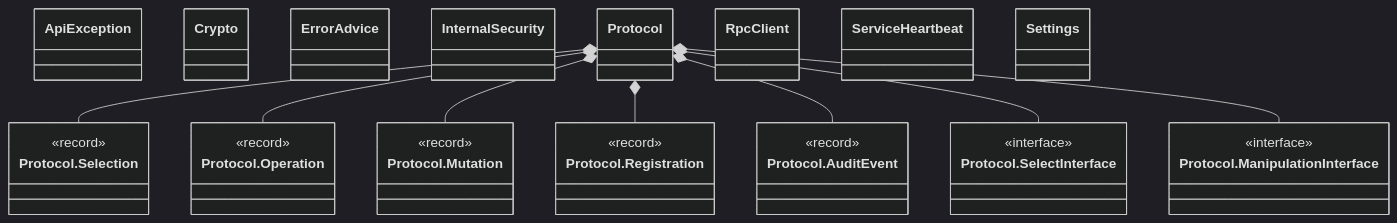
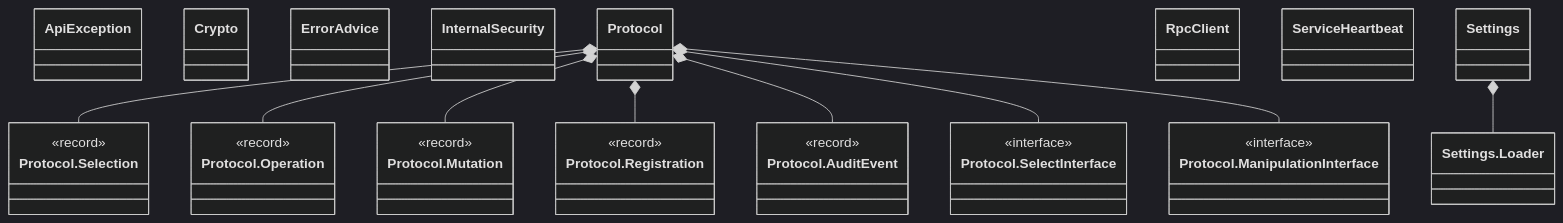
The third of 5 diagrams in docs/class-diagrams.md (AlexLiong/grade-management-system), drawn with Mermaid (dark theme) before and after one commit. The commit also changed other lines of this file and 11 other files, not shown here.

````diff
--- a/docs/class-diagrams.md
+++ b/docs/class-diagrams.md
@@ -54,32 +58,34 @@
 ```mermaid
 classDiagram
     class ApiException["ApiException"]
     class Crypto["Crypto"]
     class ErrorAdvice["ErrorAdvice"]
     class InternalSecurity["InternalSecurity"]
     class Protocol["Protocol"]
     class Protocol_Selection["Protocol.Selection"]
     <<record>> Protocol_Selection
     Protocol *-- Protocol_Selection
     class Protocol_Operation["Protocol.Operation"]
     <<record>> Protocol_Operation
     Protocol *-- Protocol_Operation
     class Protocol_Mutation["Protocol.Mutation"]
     <<record>> Protocol_Mutation
     Protocol *-- Protocol_Mutation
     class Protocol_Registration["Protocol.Registration"]
     <<record>> Protocol_Registration
     Protocol *-- Protocol_Registration
     class Protocol_AuditEvent["Protocol.AuditEvent"]
     <<record>> Protocol_AuditEvent
     Protocol *-- Protocol_AuditEvent
     class Protocol_SelectInterface["Protocol.SelectInterface"]
     <<interface>> Protocol_SelectInterface
     Protocol *-- Protocol_SelectInterface
     class Protocol_ManipulationInterface["Protocol.ManipulationInterface"]
     <<interface>> Protocol_ManipulationInterface
     Protocol *-- Protocol_ManipulationInterface
     class RpcClient["RpcClient"]
     class ServiceHeartbeat["ServiceHeartbeat"]
     class Settings["Settings"]
+    class Settings_Loader["Settings.Loader"]
+    Settings *-- Settings_Loader
 ```
````
